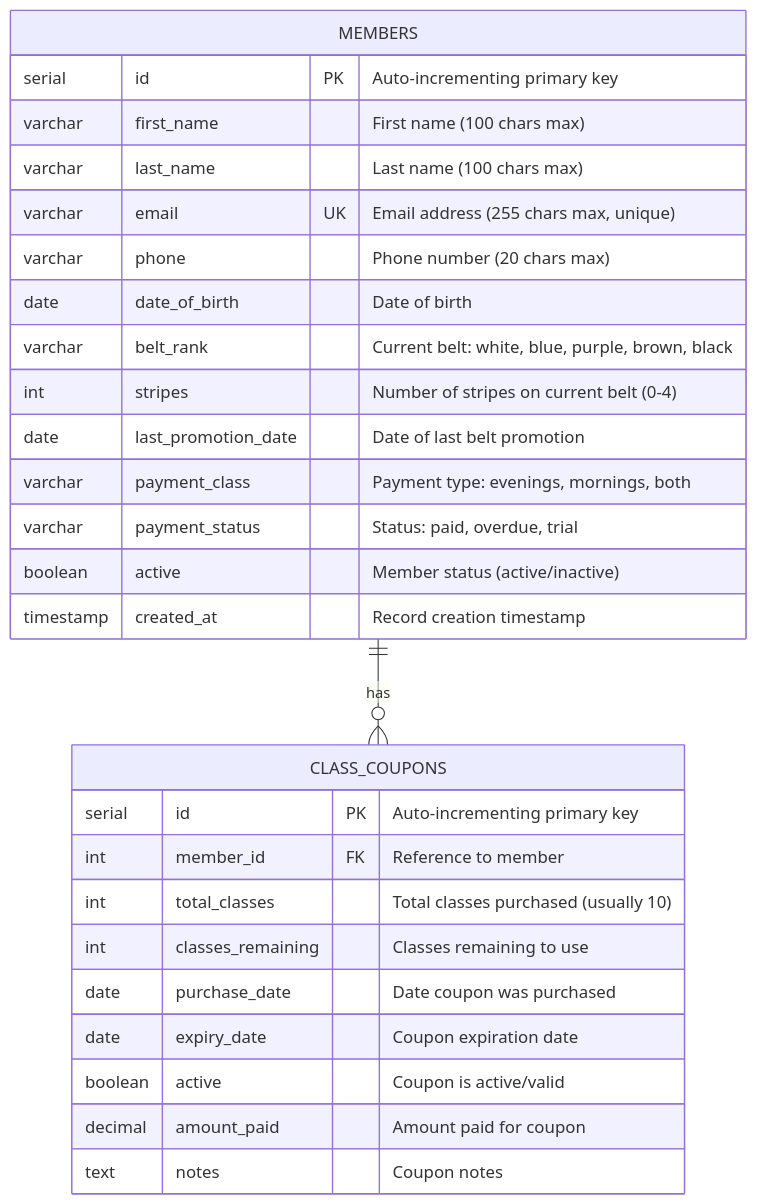
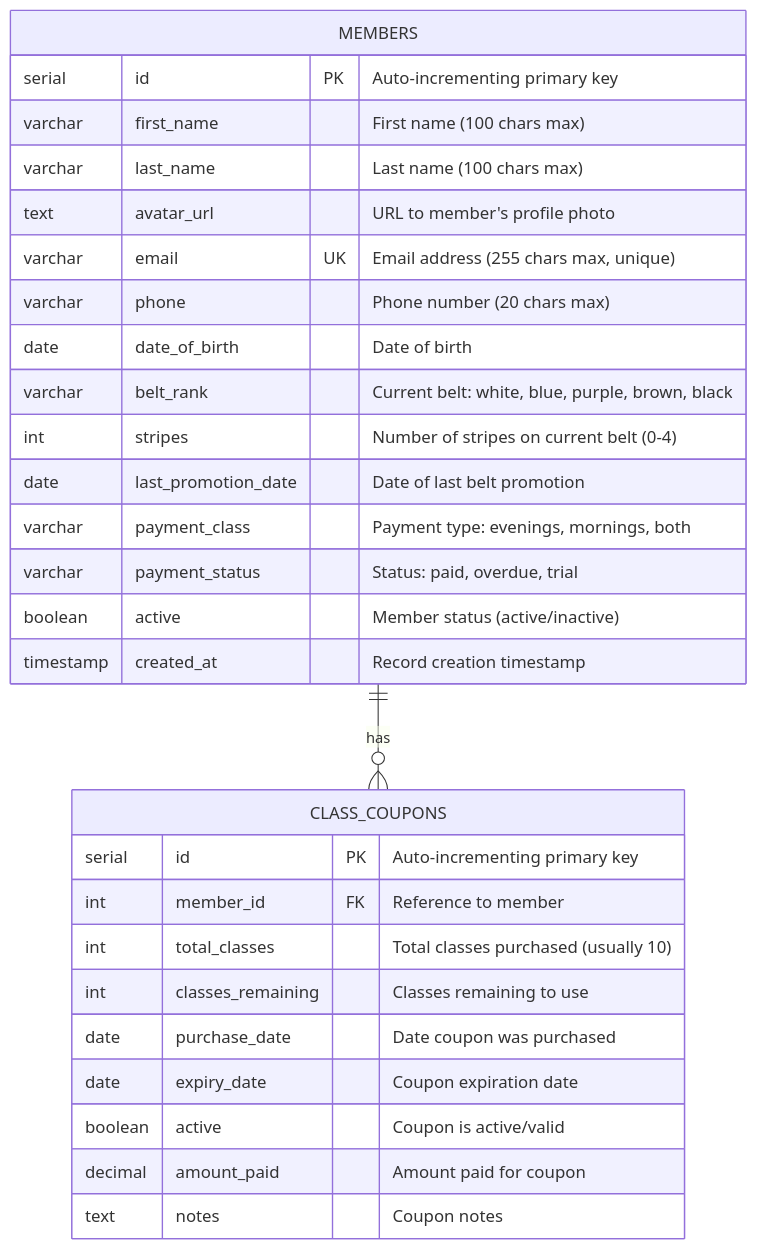
The diagram in database-erd.md (moogwol/monkey-grip-admin-app), drawn with Mermaid before and after one commit. The commit also changed other lines of this file and 6 other files, not shown here.

````diff
--- a/database-erd.md
+++ b/database-erd.md
@@ -88,32 +90,33 @@
 ```mermaid
 erDiagram
     MEMBERS {
         serial id PK "Auto-incrementing primary key"
         varchar first_name "First name (100 chars max)"
         varchar last_name "Last name (100 chars max)"
+        text avatar_url "URL to member's profile photo"
         varchar email UK "Email address (255 chars max, unique)"
         varchar phone "Phone number (20 chars max)"
         date date_of_birth "Date of birth"
         varchar belt_rank "Current belt: white, blue, purple, brown, black"
         int stripes "Number of stripes on current belt (0-4)"
         date last_promotion_date "Date of last belt promotion"
         varchar payment_class "Payment type: evenings, mornings, both"
         varchar payment_status "Status: paid, overdue, trial"
         boolean active "Member status (active/inactive)"
         timestamp created_at "Record creation timestamp"
     }
 
     CLASS_COUPONS {
         serial id PK "Auto-incrementing primary key"
         int member_id FK "Reference to member"
         int total_classes "Total classes purchased (usually 10)"
         int classes_remaining "Classes remaining to use"
         date purchase_date "Date coupon was purchased"
         date expiry_date "Coupon expiration date"
         boolean active "Coupon is active/valid"
         decimal amount_paid "Amount paid for coupon"
         text notes "Coupon notes"
     }
 
     MEMBERS ||--o{ CLASS_COUPONS : "has"
 ```
````
